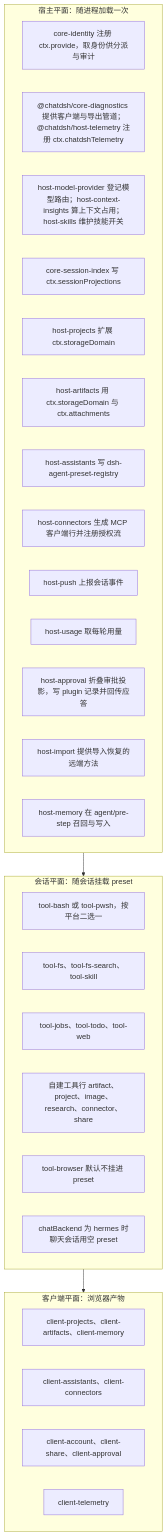
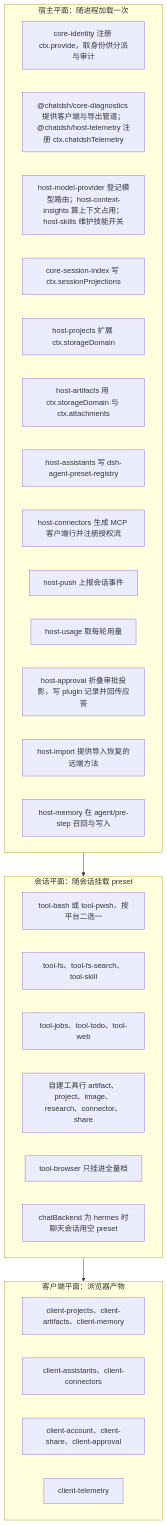
The fifth of 17 diagrams in runtime/docs/architecture-diagram.md (wenzetan/chatdsh), drawn with Mermaid before and after one commit. The commit also changed other lines of this file and 13 other files, not shown here.

````diff
--- a/runtime/docs/architecture-diagram.md
+++ b/runtime/docs/architecture-diagram.md
@@ -170,34 +170,34 @@
 ```mermaid
 flowchart TB
   subgraph HOST["宿主平面：随进程加载一次"]
     H1["core-identity 注册 ctx.provide，取身份供分派与审计"]
     H2["@chatdsh/core-diagnostics 提供客户端与导出管道；@chatdsh/host-telemetry 注册 ctx.chatdshTelemetry"]
     H2B["host-model-provider 登记模型路由；host-context-insights 算上下文占用；host-skills 维护技能开关"]
     H3["core-session-index 写 ctx.sessionProjections"]
     H4["host-projects 扩展 ctx.storageDomain"]
     H5["host-artifacts 用 ctx.storageDomain 与 ctx.attachments"]
     H6["host-assistants 写 dsh-agent-preset-registry"]
     H7["host-connectors 生成 MCP 客户端行并注册授权流"]
     H8["host-push 上报会话事件"]
     H9["host-usage 取每轮用量"]
     H10["host-approval 折叠审批投影，写 plugin 记录并回传应答"]
     H11["host-import 提供导入恢复的远端方法"]
     H12["host-memory 在 agent/pre-step 召回与写入"]
   end
   subgraph SESS["会话平面：随会话挂载 preset"]
     S1["tool-bash 或 tool-pwsh，按平台二选一"]
     S2["tool-fs、tool-fs-search、tool-skill"]
     S3["tool-jobs、tool-todo、tool-web"]
     S4["自建工具行 artifact、project、image、research、connector、share"]
-    S5["tool-browser 默认不挂进 preset"]
+    S5["tool-browser 只挂进全量档"]
     S6["chatBackend 为 hermes 时聊天会话用空 preset"]
   end
   subgraph CLI["客户端平面：浏览器产物"]
     C1["client-projects、client-artifacts、client-memory"]
     C2["client-assistants、client-connectors"]
     C3["client-account、client-share、client-approval"]
     C4["client-telemetry"]
   end
   HOST --> SESS
   SESS --> CLI
 ```
````
